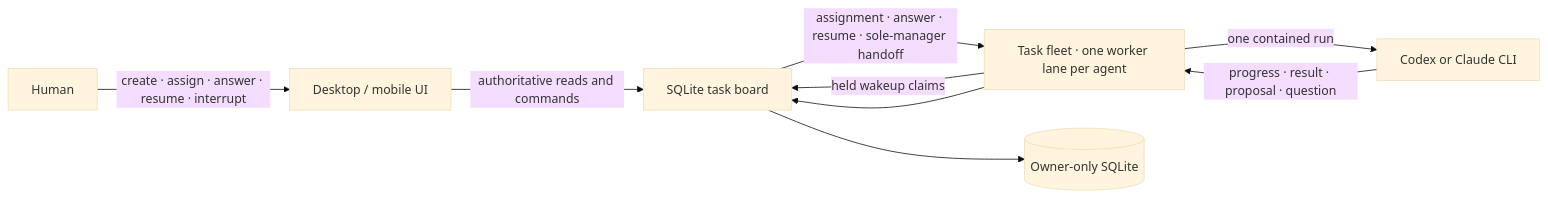
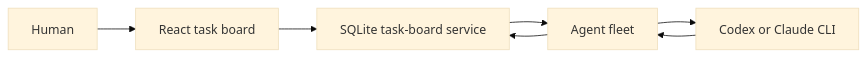
Before and after one commit to jsongga/nexus-seventeen: the diagram in README.md, drawn with Mermaid (base theme). The commit also changed other lines of this file and 212 other files, not shown here.

````diff
--- a/README.md
+++ b/README.md
@@ -33,11 +9,9 @@
 ```mermaid
 flowchart LR
-    HUMAN[Human] -->|create · assign · answer · resume · interrupt| UI[Desktop / mobile UI]
-    UI -->|authoritative reads and commands| BOARD[SQLite task board]
-    FLEET[Task fleet · one worker lane per agent] -->|held wakeup claims| BOARD
-    BOARD -->|assignment · answer · resume · sole-manager handoff| FLEET
-    FLEET -->|one contained run| MODEL[Codex or Claude CLI]
-    MODEL -->|progress · result · proposal · question| FLEET
-    FLEET --> BOARD
-    BOARD --> DB[(Owner-only SQLite)]
+    HUMAN[Human] --> UI[React task board]
+    UI --> BOARD[SQLite task-board service]
+    FLEET[Agent fleet] --> BOARD
+    BOARD --> FLEET
+    FLEET --> MODEL[Codex or Claude CLI]
+    MODEL --> FLEET
 ```
````
